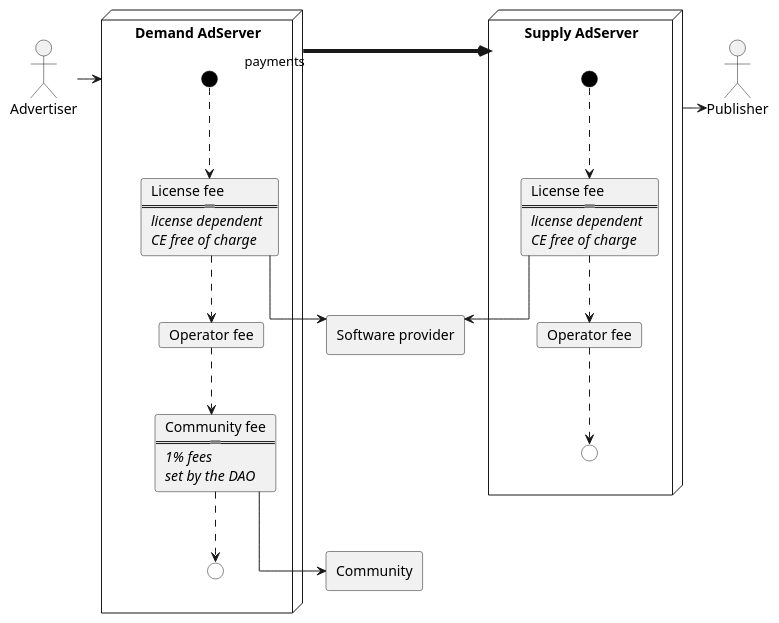
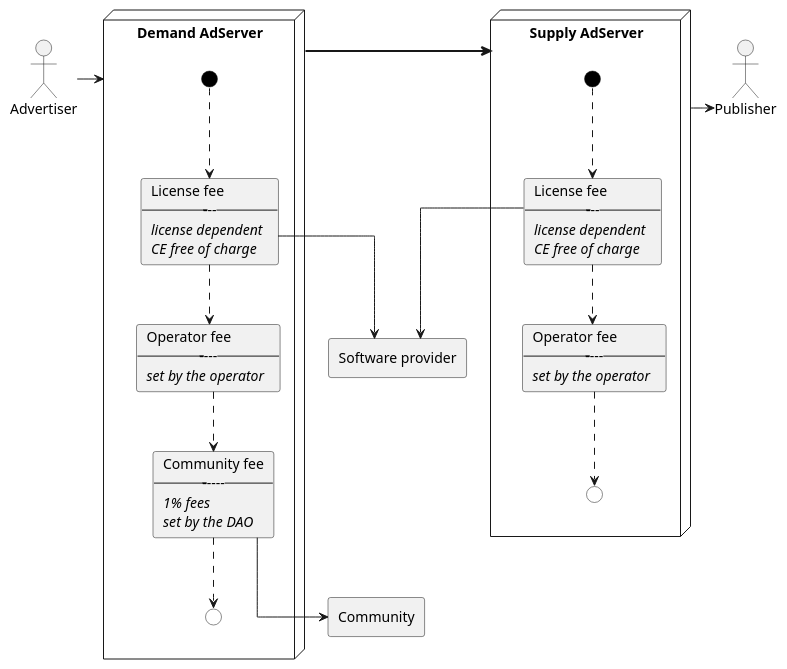
The first of 2 diagrams in protocol/payments/index.rst (adshares/adshares-docs), drawn with PlantUML before and after one commit.

Commit message:
Money flow

```diff
--- a/protocol/payments/index.rst
+++ b/protocol/payments/index.rst
@@ -10,58 +10,66 @@
 .. uml::
     :align: center
 
     skinparam monochrome true
     skinparam linetype ortho
 
-    actor   "Advertiser"    as advertiser
-    actor   "Publisher"     as publisher
-    agent   "Software provider"      as provider
-    agent   "Community"     as community
+    actor   "Advertiser"        as advertiser
+    actor   "Publisher"         as publisher
+    agent   "Software provider" as provider
+    agent   "Community"         as community
 
     node "Demand AdServer" as demandServerNode {
-        circle  " "         as demandIn #black
+        circle  " " as demandIn #black
         card demandLicenseFee [
             License fee
-            ========
+            -----------
             <i>license dependent
             <i>CE free of charge
         ]
-        card  "Operator fee"   as demandOperatorFee
+        card demandOperatorFee [
+            Operator fee
+            ------------
+            <i>set by the operator
+        ]
         card demandCommunityFee [
             Community fee
-            =========
+            -------------
             <i>1% fees
             <i>set by the DAO
         ]
-        circle  " "         as demandOut #white
+        circle  " " as demandOut #white
     }
 
     node "Supply AdServer" as supplyServerNode {
-        circle  " "         as supplyIn #black
+        circle  " " as supplyIn #black
         card supplyLicenseFee [
             License fee
-            ========
+            -----------
             <i>license dependent
             <i>CE free of charge
         ]
-        card  "Operator fee"   as supplyOperatorFee
-        circle  " "         as supplyOut #white
+        card supplyOperatorFee [
+            Operator fee
+            ------------
+            <i>set by the operator
+        ]
+        circle  " " as supplyOut #white
     }
 
     advertiser -ri-> demandServerNode
 
     demandIn -[dashed]do-> demandLicenseFee
     demandLicenseFee --> provider
     demandLicenseFee -[dashed]do-> demandOperatorFee
     demandOperatorFee -[dashed]do-> demandCommunityFee
     demandCommunityFee --> community
     demandCommunityFee -[dashed]do-> demandOut
 
-    demandServerNode -[thickness=4]ri-> supplyServerNode: "payments"
+    demandServerNode -[bold]ri-> supplyServerNode
 
     supplyIn -[dashed]do-> supplyLicenseFee
     supplyLicenseFee --> provider
     supplyLicenseFee -[dashed]do-> supplyOperatorFee
     supplyOperatorFee -[dashed]do-> supplyOut
 
     supplyServerNode -ri-> publisher
```
